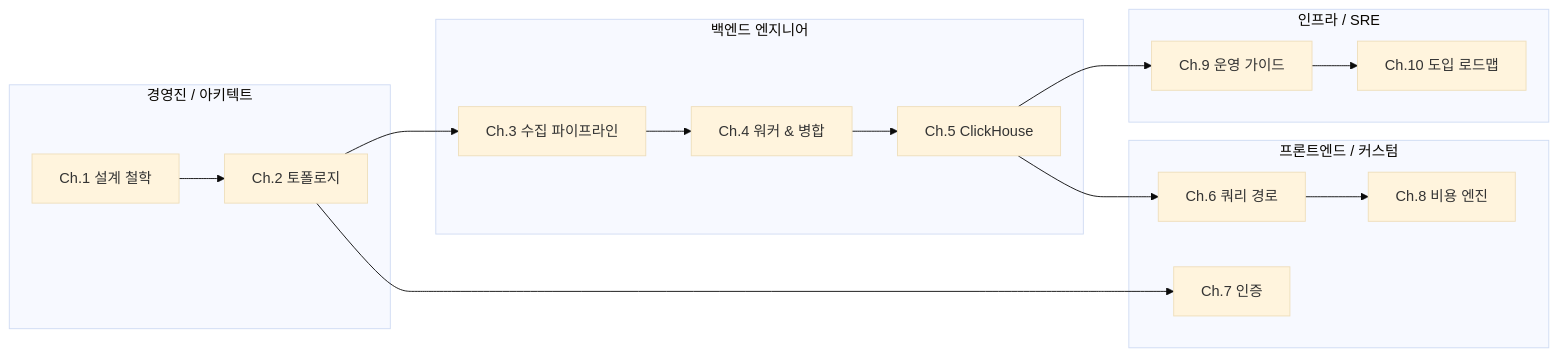
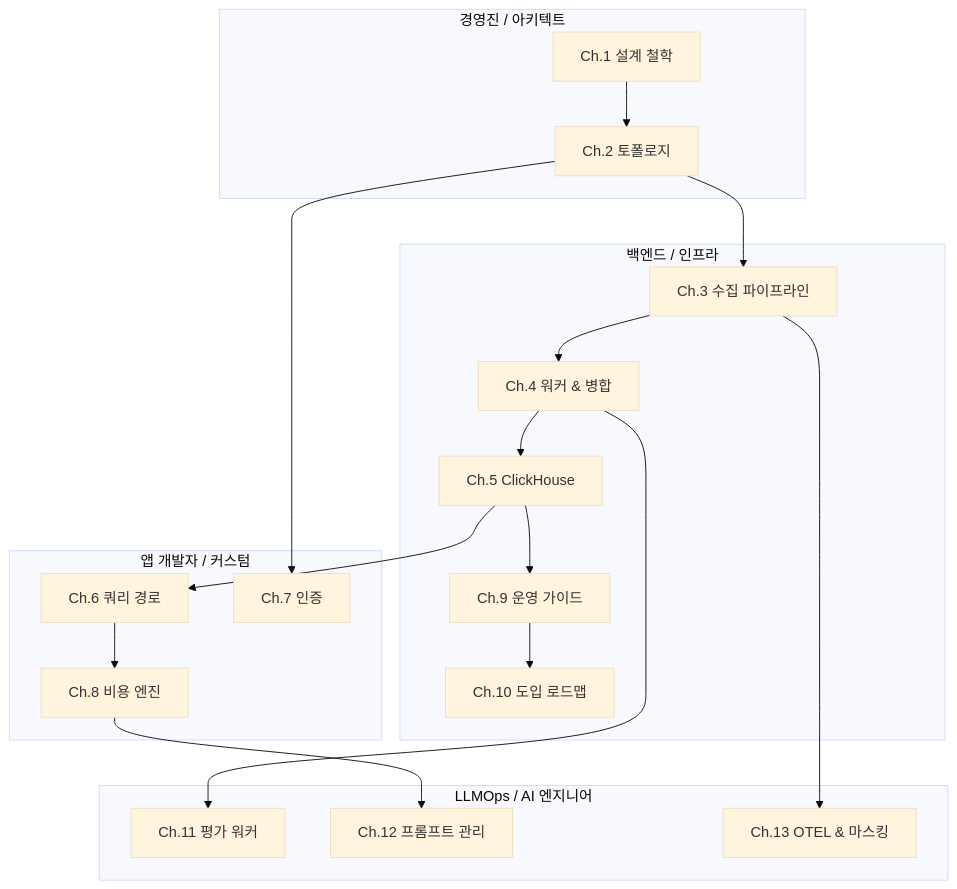
The diagram in docs/WHITEPAPER.md (dhs-shine/langfuse), drawn with Mermaid (base theme) before and after one commit. The commit also changed other lines of this file and 3 other files, not shown here.

````diff
--- a/docs/WHITEPAPER.md
+++ b/docs/WHITEPAPER.md
@@ -36,31 +44,37 @@
 ```mermaid
-flowchart LR
+flowchart TD
     subgraph Executive["경영진 / 아키텍트"]
         E1["Ch.1 설계 철학"]
         E2["Ch.2 토폴로지"]
     end
 
-    subgraph Backend["백엔드 엔지니어"]
+    subgraph Backend["백엔드 / 인프라"]
         B1["Ch.3 수집 파이프라인"]
         B2["Ch.4 워커 & 병합"]
         B3["Ch.5 ClickHouse"]
+        O1["Ch.9 운영 가이드"]
+        O2["Ch.10 도입 로드맵"]
     end
 
-    subgraph Frontend["프론트엔드 / 커스텀"]
+    subgraph LLMOps["LLMOps / AI 엔지니어"]
+        L1["Ch.11 평가 워커"]
+        L2["Ch.12 프롬프트 관리"]
+        L3["Ch.13 OTEL & 마스킹"]
+    end
+
+    subgraph AppDev["앱 개발자 / 커스텀"]
         F1["Ch.6 쿼리 경로"]
         F2["Ch.7 인증"]
         F3["Ch.8 비용 엔진"]
     end
 
-    subgraph Ops["인프라 / SRE"]
-        O1["Ch.9 운영 가이드"]
-        O2["Ch.10 도입 로드맵"]
-    end
-
-    E1 --> E2 --> B1
+    E1 --> E2
+    E2 --> B1
+    E2 --> F2
     B1 --> B2 --> B3 --> F1
-    E2 --> F2
+    B3 --> O1 --> O2
     F1 --> F3
-    B3 --> O1
-    O1 --> O2
+    B2 --> L1
+    F3 --> L2
+    B1 --> L3
 ```
````
